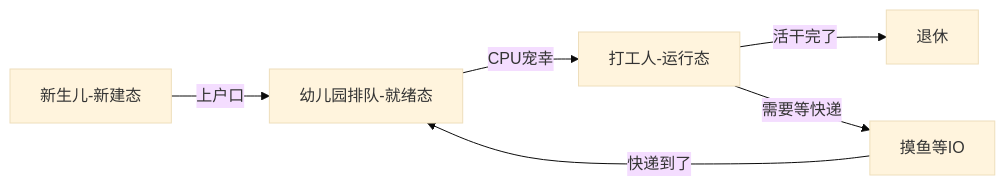
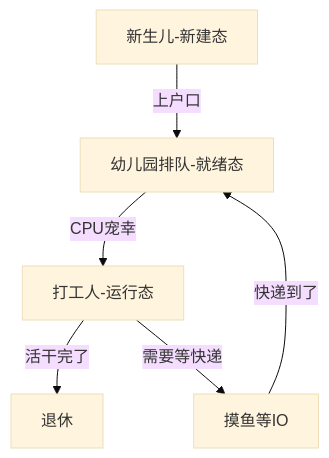
One commit to emary3399/obsidian_note changed the diagram in emary/计算机网络基础速记手册.md. Above: the diagram before and after it, drawn with Mermaid (base theme).

````diff
--- a/emary/计算机网络基础速记手册.md
+++ b/emary/计算机网络基础速记手册.md
@@ -11,8 +11,8 @@
 ```mermaid
-graph LR
+graph TD
     诞生[新生儿-新建态] --> |上户口|就绪[幼儿园排队-就绪态]
     就绪 --> |CPU宠幸|运行[打工人-运行态]
     运行 --> |活干完了|终止[退休]
     运行 --> |需要等快递|阻塞[摸鱼等IO]
     阻塞 --> |快递到了|就绪
 ```
````
